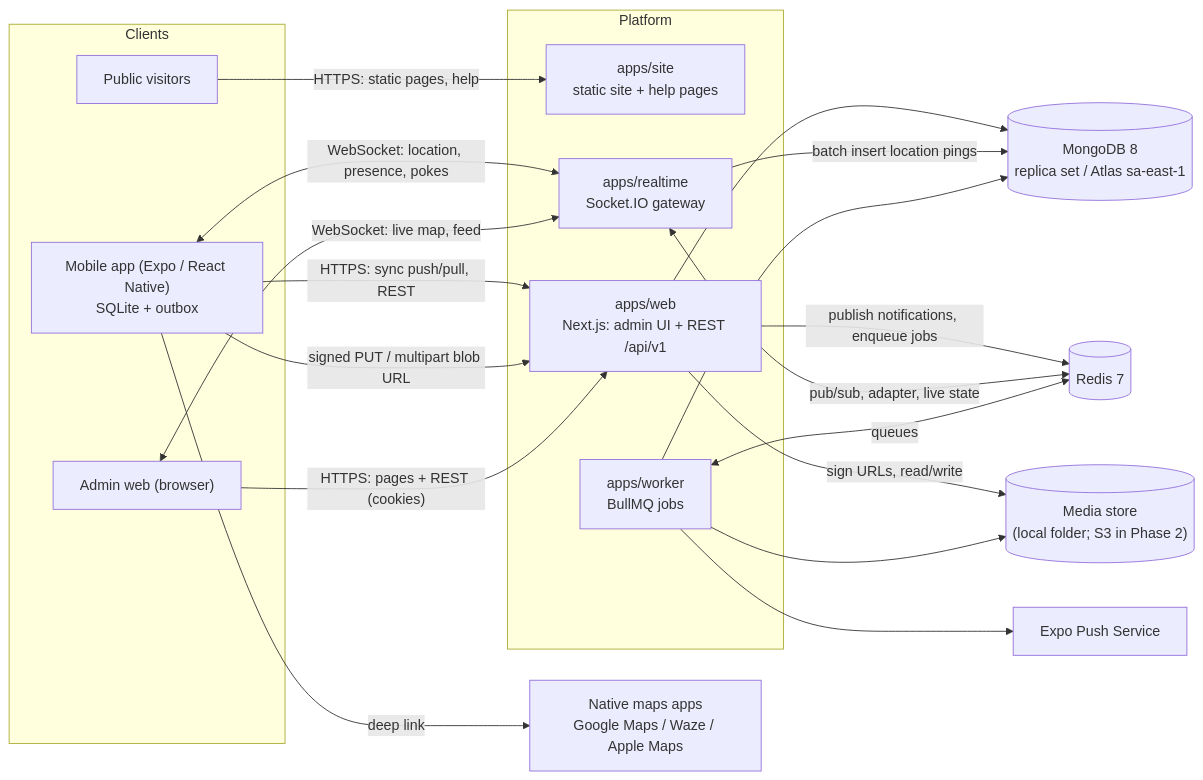
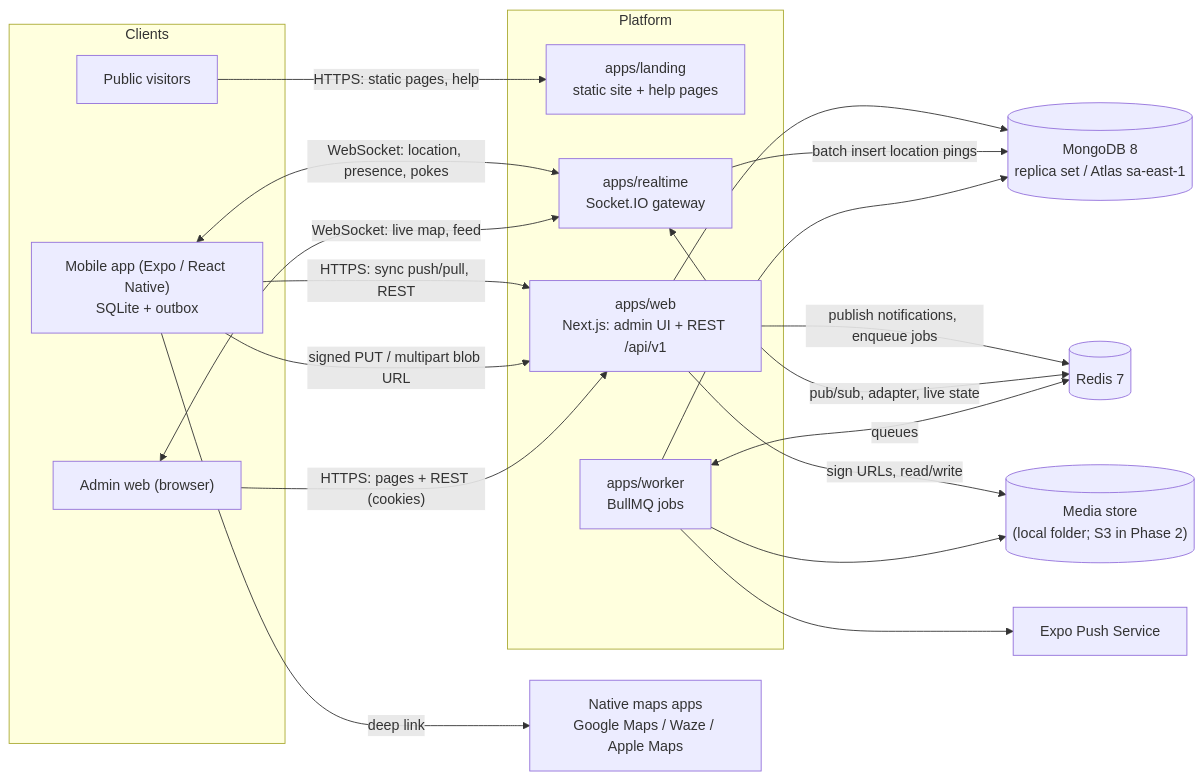
One commit to pedroafsouza/agrorende changed the first of 2 diagrams in docs/ARCHITECTURE.md. Above: the diagram before and after it, drawn with Mermaid. The commit also changed other lines of this file and 154 other files, not shown here.

First line of the commit message:
Rename the public site app to landing

````diff
--- a/docs/ARCHITECTURE.md
+++ b/docs/ARCHITECTURE.md
@@ -32,36 +32,36 @@
 ```mermaid
 flowchart LR
   subgraph Clients
     M["Mobile app (Expo / React Native)<br/>SQLite + outbox"]
     B["Admin web (browser)"]
     V["Public visitors"]
   end
   subgraph Platform
-    SITE["apps/site<br/>static site + help pages"]
+    SITE["apps/landing<br/>static site + help pages"]
     API["apps/web<br/>Next.js: admin UI + REST /api/v1"]
     RT["apps/realtime<br/>Socket.IO gateway"]
     WK["apps/worker<br/>BullMQ jobs"]
   end
   MDB[("MongoDB 8<br/>replica set / Atlas sa-east-1")]
   RD[("Redis 7")]
   MS[("Media store<br/>(local folder; S3 in Phase 2)")]
   EXPO["Expo Push Service"]
   NAV["Native maps apps<br/>Google Maps / Waze / Apple Maps"]
 
   M -->|"HTTPS: sync push/pull, REST"| API
   M -->|"signed PUT / multipart blob URL"| API
   M <-->|"WebSocket: location, presence, pokes"| RT
   M -->|"deep link"| NAV
   B -->|"HTTPS: pages + REST (cookies)"| API
   B <-->|"WebSocket: live map, feed"| RT
   V -->|"HTTPS: static pages, help"| SITE
   API --> MDB
   API -->|"publish notifications, enqueue jobs"| RD
   API -->|"sign URLs, read/write"| MS
   RT <-->|"pub/sub, adapter, live state"| RD
   RT -->|"batch insert location pings"| MDB
   WK <-->|"queues"| RD
   WK --> MDB
   WK --> EXPO
   WK --> MS
 ```
````
